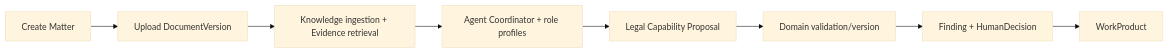
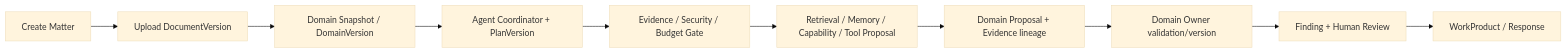
The second of 14 diagrams in docs/project/architecture/architecture-views.md (ProfessorZhi/Zuno), drawn with Mermaid (base theme) before and after one commit. The commit also changed other lines of this file and 27 other files, not shown here.

Commit message:
docs: apply approved canonical architecture target

````diff
--- a/docs/project/architecture/architecture-views.md
+++ b/docs/project/architecture/architecture-views.md
@@ -26,10 +27,12 @@
 ```mermaid
 flowchart LR
   M[Create Matter] --> D[Upload DocumentVersion]
-  D --> K[Knowledge ingestion + Evidence retrieval]
-  K --> A[Agent Coordinator + role profiles]
-  A --> P[Legal Capability Proposal]
-  P --> V[Domain validation/version]
-  V --> F[Finding + HumanDecision]
-  F --> W[WorkProduct]
+  D --> S[Domain Snapshot / DomainVersion]
+  S --> A[Agent Coordinator + PlanVersion]
+  A --> G[Evidence / Security / Budget Gate]
+  G --> K[Retrieval / Memory / Capability / Tool Proposal]
+  K --> P[Domain Proposal + Evidence lineage]
+  P --> V[Domain Owner validation/version]
+  V --> F[Finding + Human Review]
+  F --> W[WorkProduct / Response]
 ```
````
